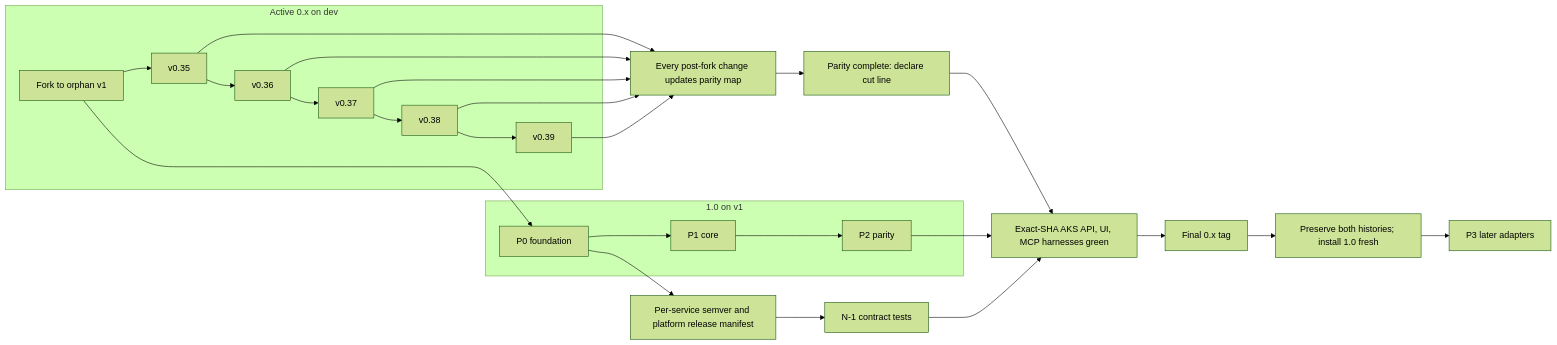
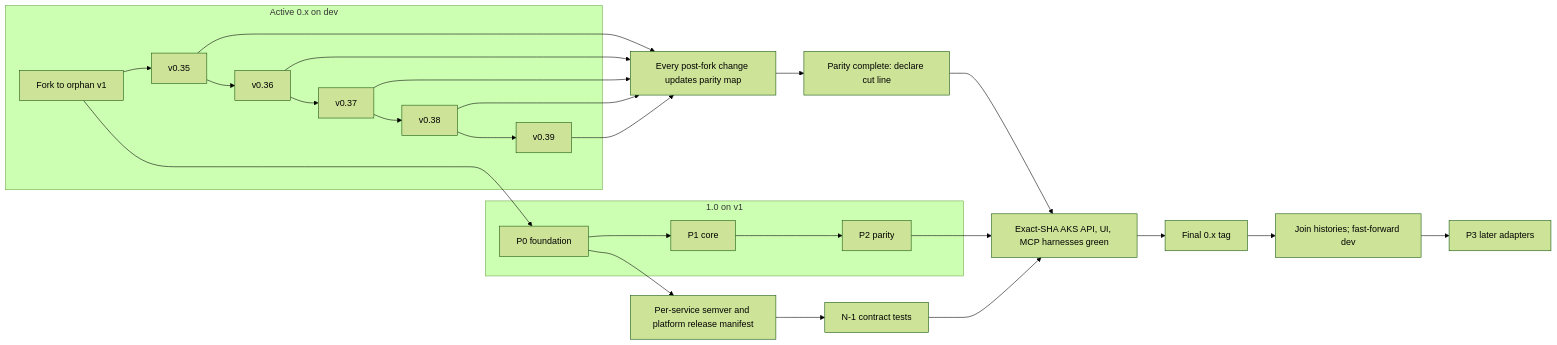
The third of 3 diagrams in docs/architecture/decisions/0001-platform-architecture.md (sabbour/agentweaver), drawn with Mermaid (forest theme) before and after one commit. The commit also changed other lines of this file and 1 other file, not shown here.

Commit message:
docs(architecture): restore explicit cutover sequence

````diff
--- a/docs/architecture/decisions/0001-platform-architecture.md
+++ b/docs/architecture/decisions/0001-platform-architecture.md
@@ -270,24 +272,24 @@
 ```mermaid
 flowchart LR
     subgraph Legacy["Active 0.x on dev"]
         Fork["Fork to orphan v1"] --> V35["v0.35"] --> V36["v0.36"] --> V37["v0.37"] --> V38["v0.38"] --> V39["v0.39"]
     end
     subgraph New["1.0 on v1"]
         P0["P0 foundation"] --> P1["P1 core"] --> P2["P2 parity"]
     end
     Fork --> P0
     V35 --> Parity["Every post-fork change updates parity map"]
     V36 --> Parity
     V37 --> Parity
     V38 --> Parity
     V39 --> Parity
     P0 --> Release["Per-service semver and platform release manifest"]
     Release --> Contracts["N-1 contract tests"]
     Parity --> CutLine["Parity complete: declare cut line"]
     CutLine --> Gate["Exact-SHA AKS API, UI, MCP harnesses green"]
     P2 --> Gate
     Contracts --> Gate
     Gate --> Tag["Final 0.x tag"]
-    Tag --> Cutover["Preserve both histories; install 1.0 fresh"]
+    Tag --> Cutover["Join histories; fast-forward dev"]
     Cutover --> P3["P3 later adapters"]
 ```
````
